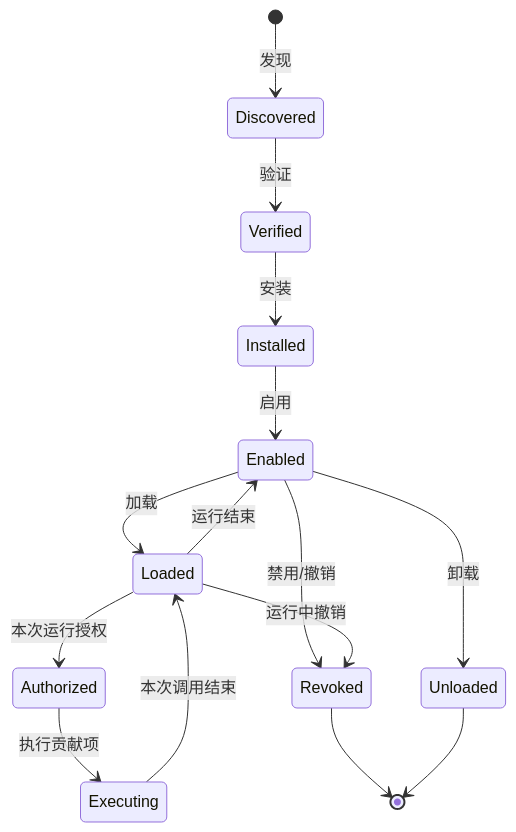
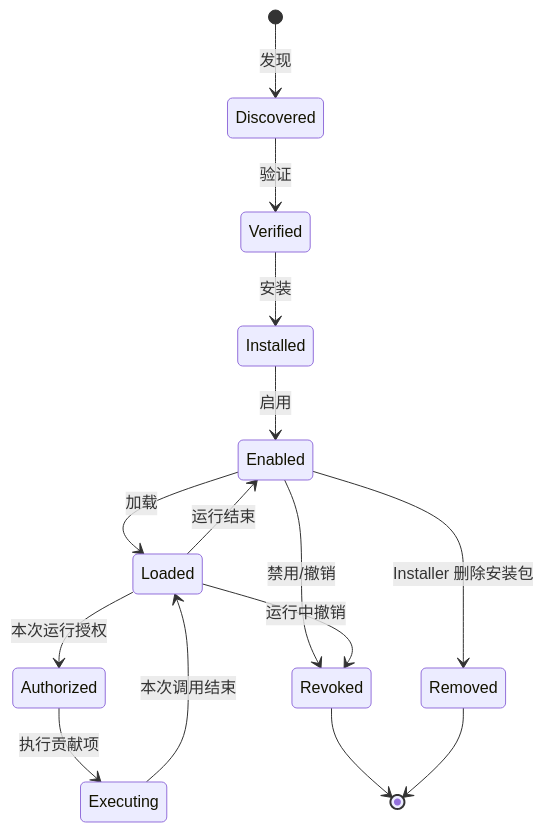
One commit to dollarser/modern-ai-agent-architecture changed the second of 3 diagrams in docs/chapters/14-plugin-system/README.md. Above: the diagram before and after it, drawn with Mermaid. The commit also changed other lines of this file and 93 other files, not shown here.

````diff
--- a/docs/chapters/14-plugin-system/README.md
+++ b/docs/chapters/14-plugin-system/README.md
@@ -92,17 +92,17 @@
 ```mermaid
 stateDiagram-v2
     [*] --> Discovered: 发现
     Discovered --> Verified: 验证
     Verified --> Installed: 安装
     Installed --> Enabled: 启用
     Enabled --> Loaded: 加载
     Loaded --> Authorized: 本次运行授权
     Authorized --> Executing: 执行贡献项
     Executing --> Loaded: 本次调用结束
     Loaded --> Enabled: 运行结束
-    Enabled --> Unloaded: 卸载
+    Enabled --> Removed: Installer 删除安装包
     Enabled --> Revoked: 禁用/撤销
     Loaded --> Revoked: 运行中撤销
     Revoked --> [*]
-    Unloaded --> [*]
+    Removed --> [*]
 ```
````
